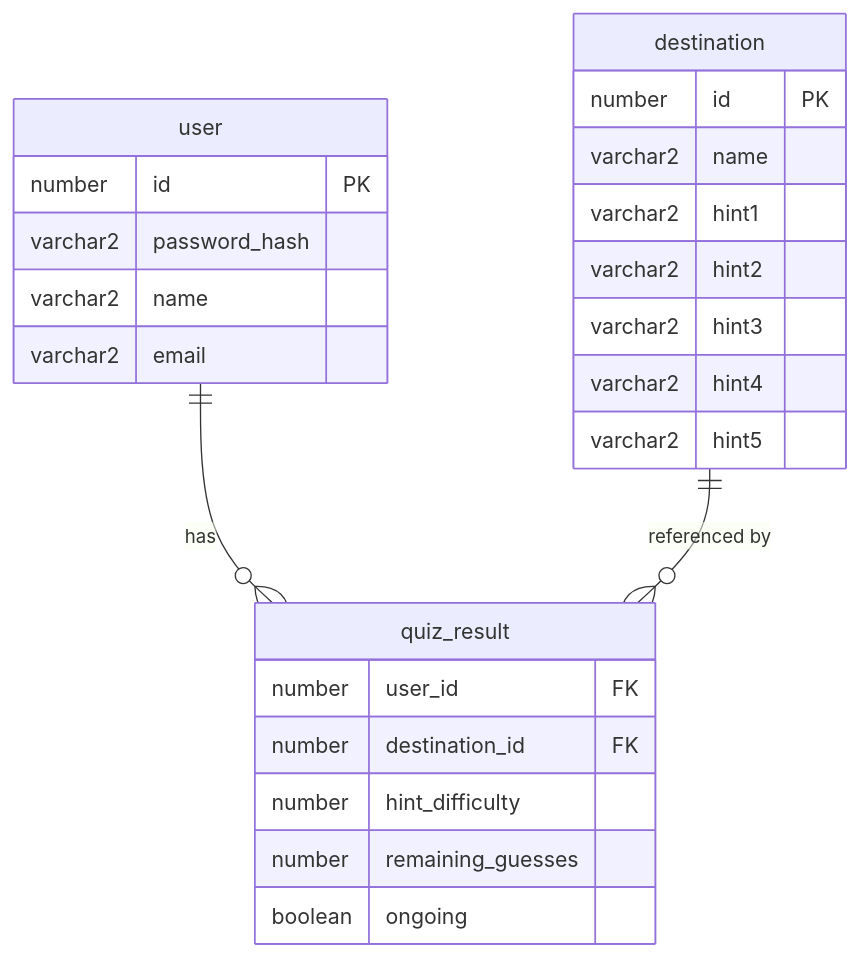
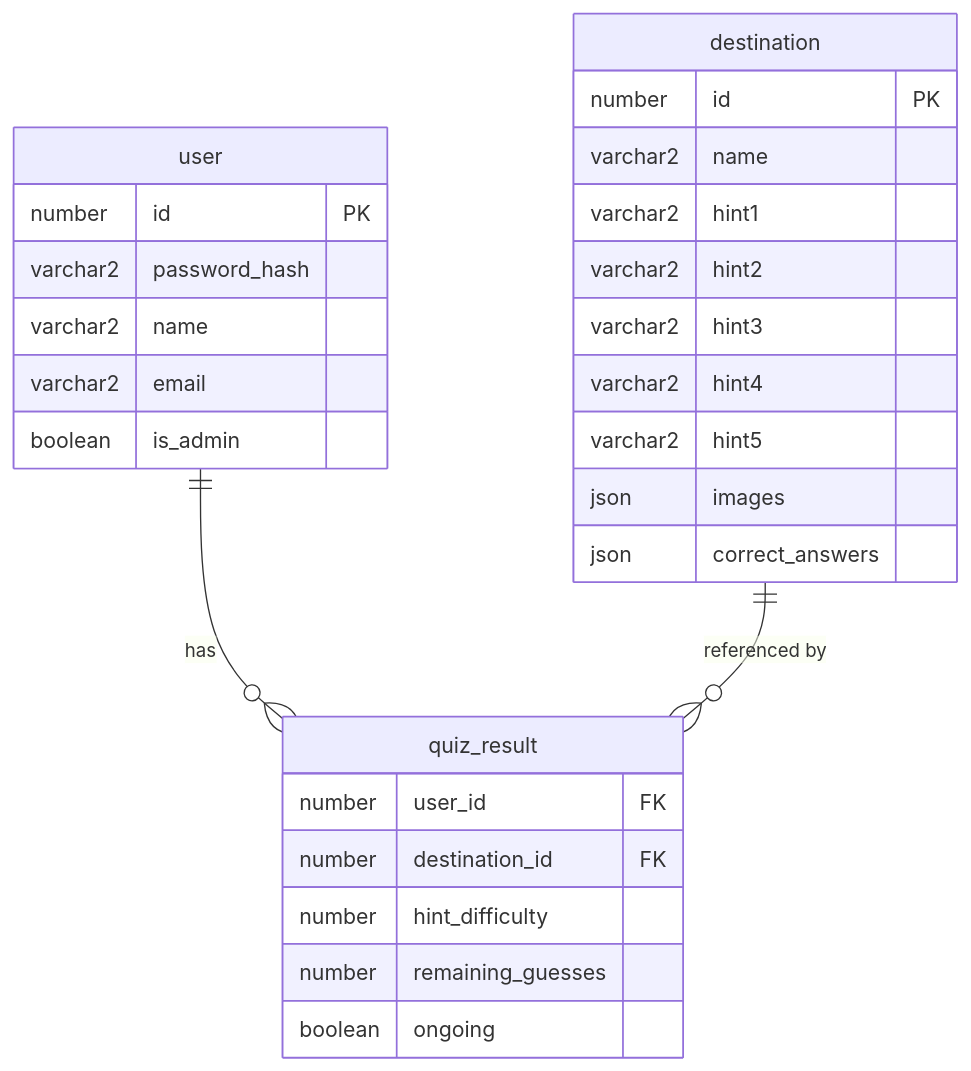
Before and after one commit to fylke/travel-quizzer: the diagram in docs/database_schema.md, drawn with Mermaid. The commit also changed 9 other files, not shown here.

````diff
--- a/docs/database_schema.md
+++ b/docs/database_schema.md
@@ -1,30 +1,33 @@
 ```mermaid
 erDiagram
     destination {
         number id PK
         varchar2 name
         varchar2 hint1
         varchar2 hint2
         varchar2 hint3
         varchar2 hint4
         varchar2 hint5
+        json images
+        json correct_answers
     }
 
     user {
         number id PK
         varchar2 password_hash
         varchar2 name
         varchar2 email
+        boolean is_admin
     }
 
     quiz_result {
         number user_id FK
         number destination_id FK
         number hint_difficulty
         number remaining_guesses
         boolean ongoing
     }
 
     user ||--o{ quiz_result : "has"
     destination ||--o{ quiz_result : "referenced by"
 ```
````
